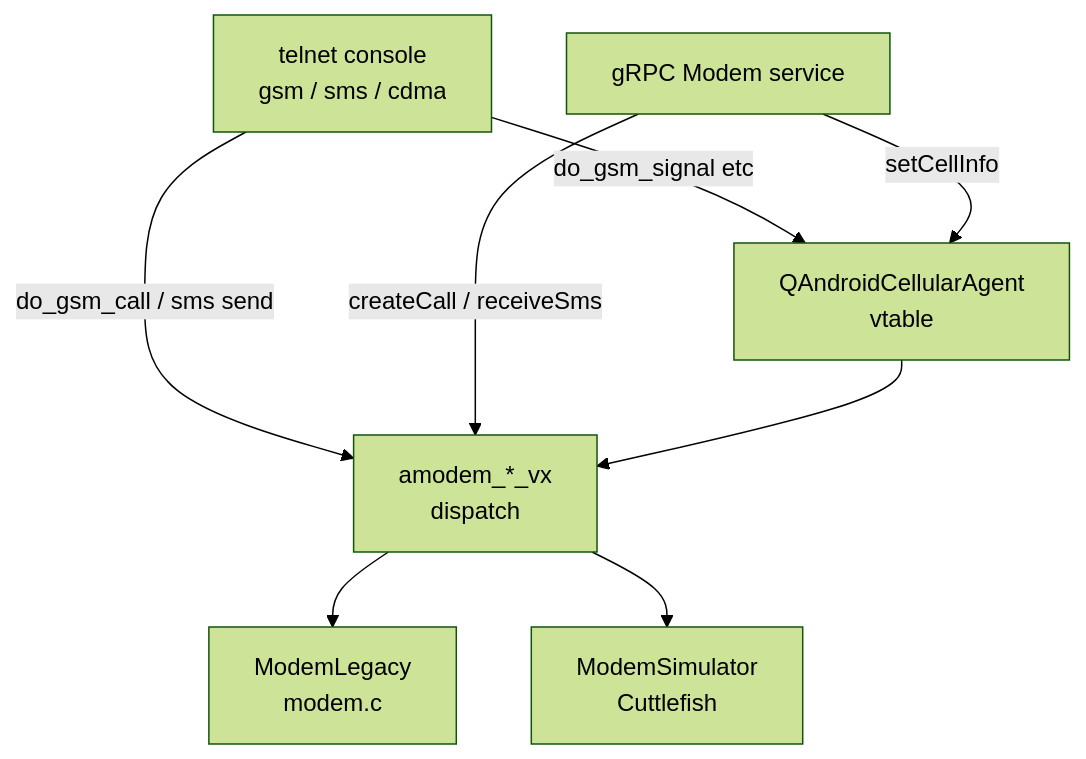
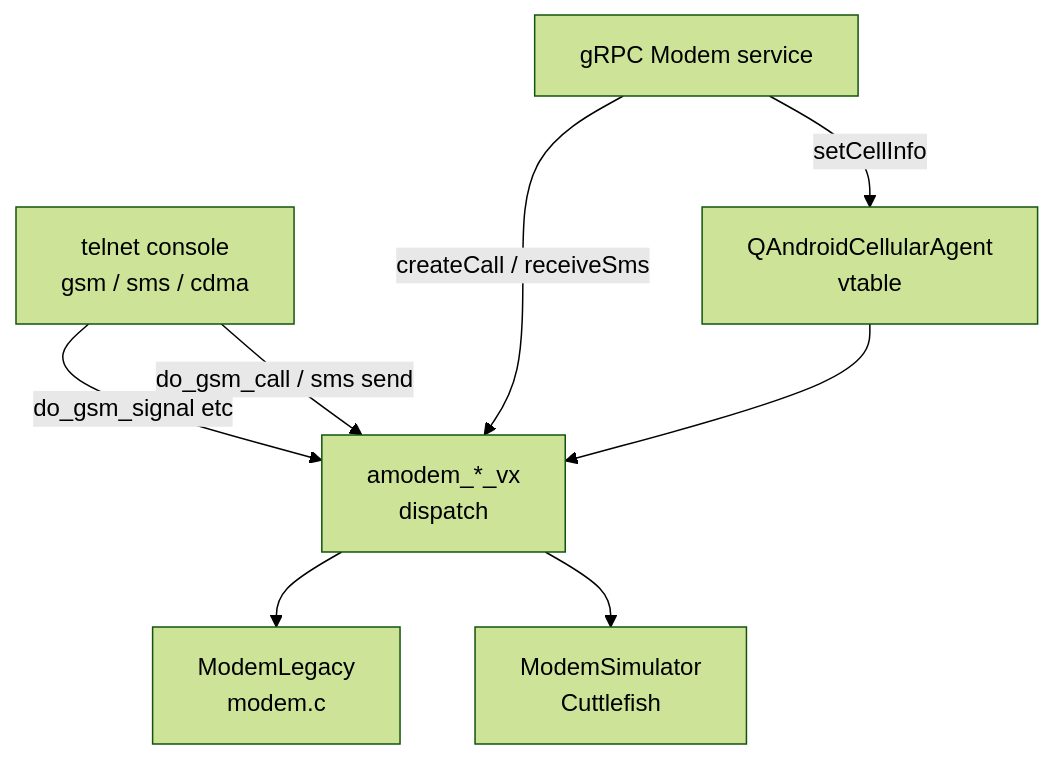
Before and after one commit to aospbooks/android-emulator-internal-book: the fifth of 6 diagrams in 21-modem-telephony.md, drawn with Mermaid (forest theme). The commit also changed other lines of this file and 21 other files, not shown here.

First line of the commit message:
Review pass: verify accuracy, fix mermaid parse error, converge chapters

````diff
--- a/21-modem-telephony.md
+++ b/21-modem-telephony.md
@@ -453,17 +453,17 @@
 ```mermaid
 flowchart TD
     TELNET["telnet console<br/>gsm / sms / cdma"]
     GRPC["gRPC Modem service"]
     AGENT["QAndroidCellularAgent<br/>vtable"]
     VX["amodem_*_vx<br/>dispatch"]
     LEGACY["ModemLegacy<br/>modem.c"]
     SIM["ModemSimulator<br/>Cuttlefish"]
 
-    TELNET -->|do_gsm_signal etc| AGENT
+    TELNET -->|"do_gsm_signal etc"| VX
     TELNET -->|"do_gsm_call / sms send"| VX
     GRPC -->|"setCellInfo"| AGENT
     GRPC -->|"createCall / receiveSms"| VX
     AGENT --> VX
     VX --> LEGACY
     VX --> SIM
 ```
````
